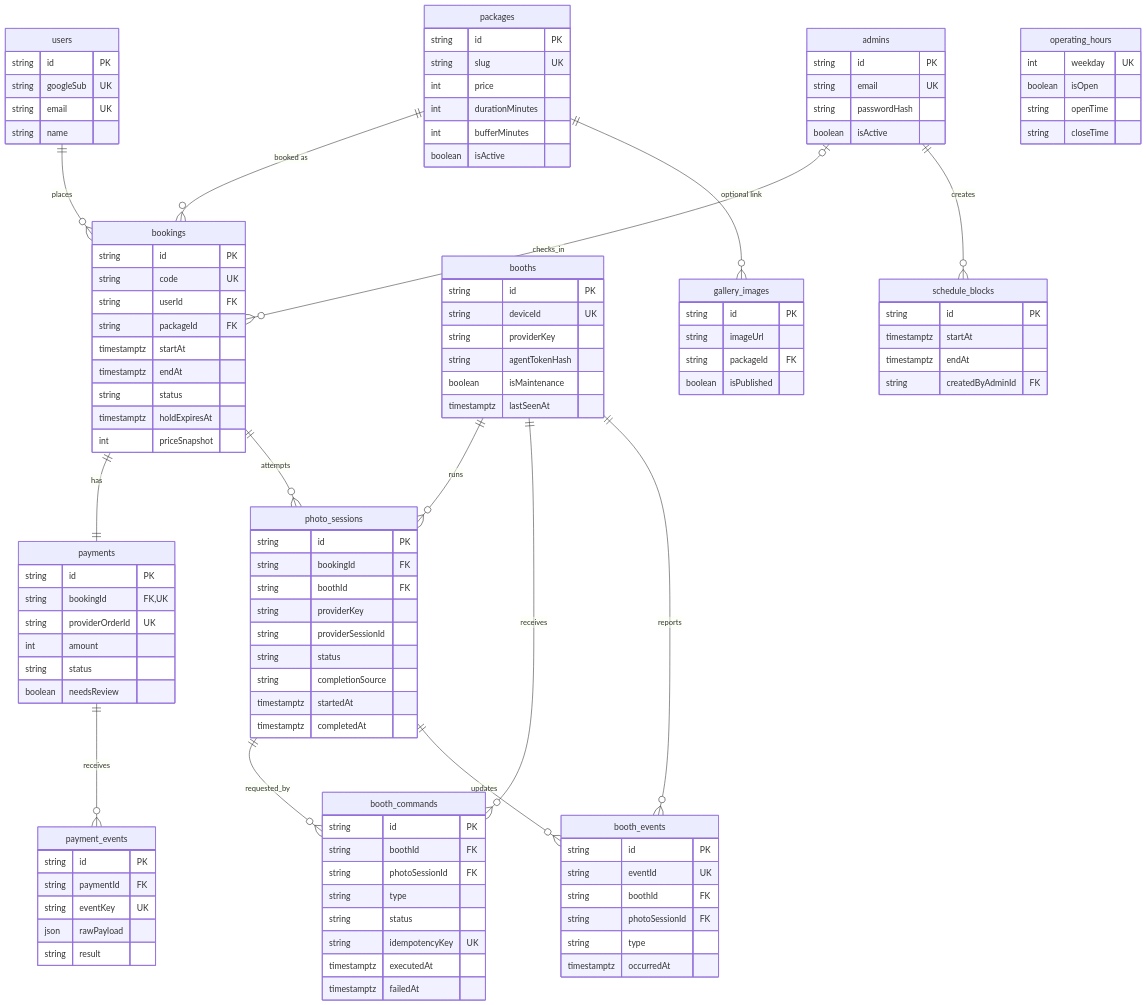
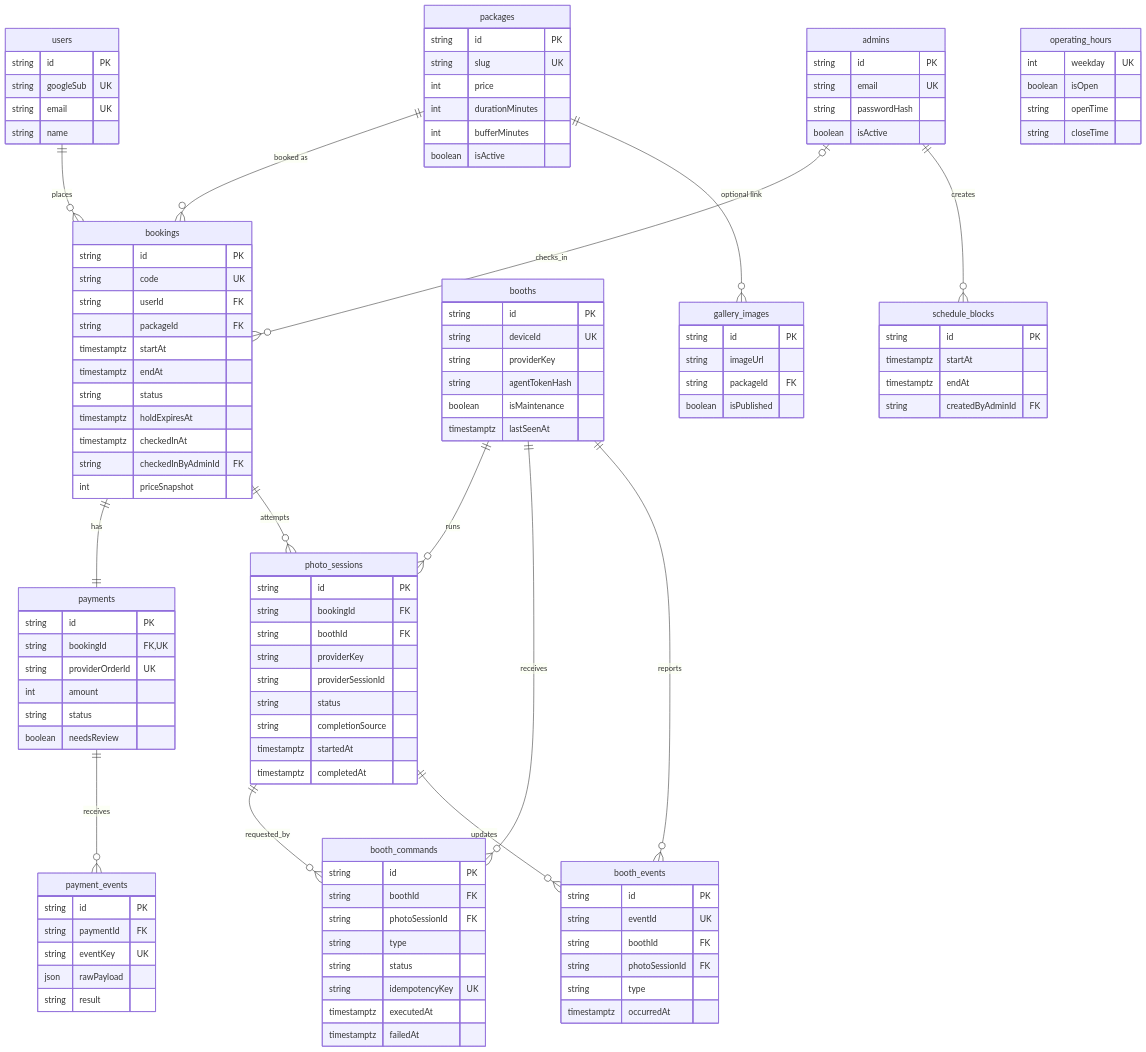
One commit to ryapps/fotiu changed the second of 6 diagrams in docs/DESIGN.md. Above: the diagram before and after it, drawn with Mermaid. The commit also changed other lines of this file and 34 other files, not shown here.

```diff
--- a/docs/DESIGN.md
+++ b/docs/DESIGN.md
@@ -238,6 +255,8 @@
         timestamptz endAt
         string status
         timestamptz holdExpiresAt
+        timestamptz checkedInAt
+        string checkedInByAdminId FK
         int priceSnapshot
     }
     payments {
```
